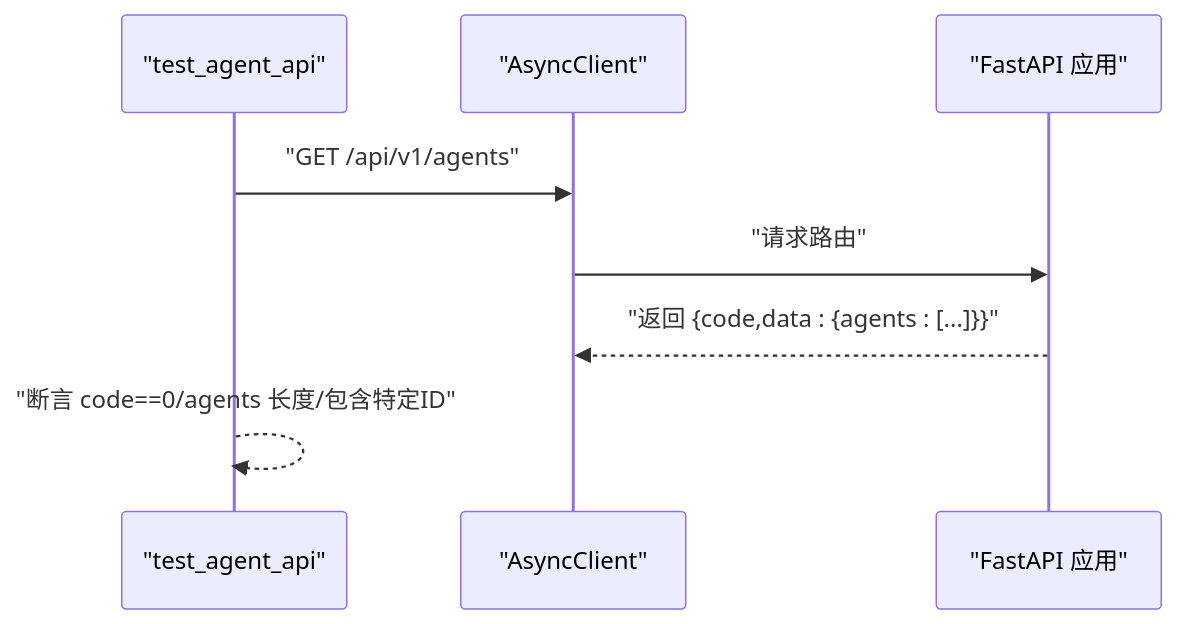
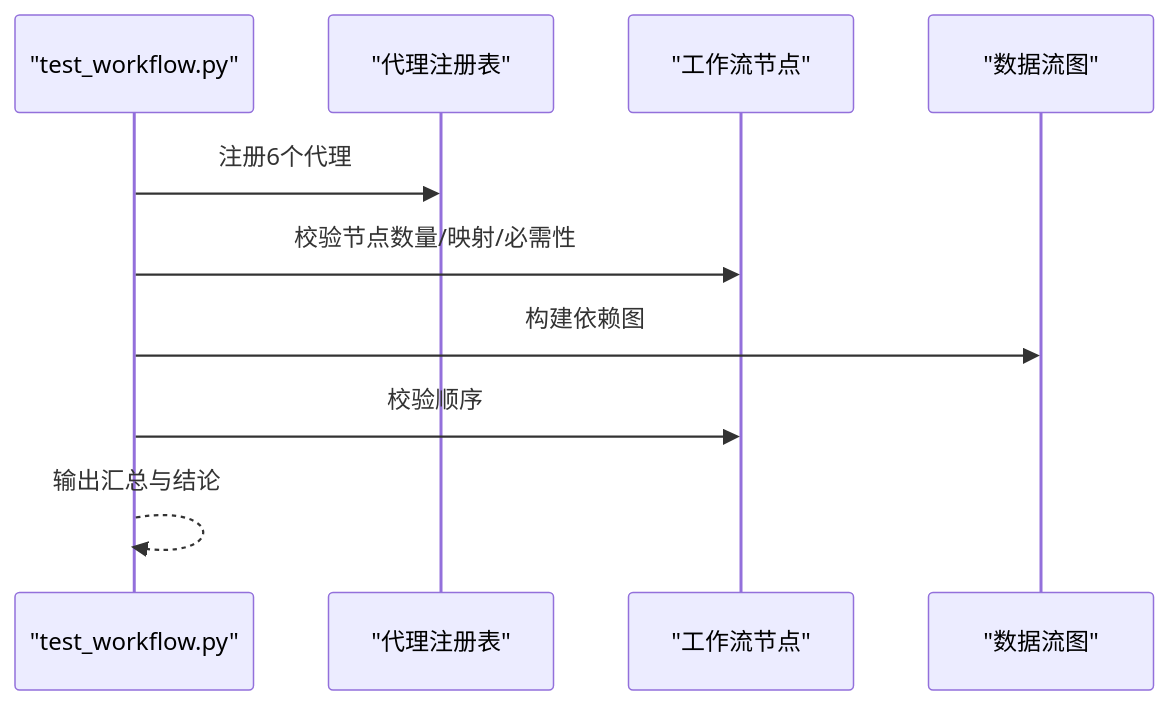
Before and after one commit to sansansansansan2022-web/hotclaw: the fifth of 9 diagrams in .qoder/repowiki/zh/content/后端开发/测试与调试.md, drawn with Mermaid. The commit also changed other lines of this file and 44 other files, not shown here.

````diff
--- a/.qoder/repowiki/zh/content/后端开发/测试与调试.md
+++ b/.qoder/repowiki/zh/content/后端开发/测试与调试.md
@@ -163,10 +224,12 @@
 ```mermaid
 sequenceDiagram
-participant Test as "test_agent_api"
-participant Client as "AsyncClient"
-participant App as "FastAPI 应用"
-Test->>Client : "GET /api/v1/agents"
-Client->>App : "请求路由"
-App-->>Client : "返回 {code,data : {agents : [...]}}"
-Test-->>Test : "断言 code==0/agents 长度/包含特定ID"
+participant Script as "test_workflow.py"
+participant Reg as "代理注册表"
+participant WF as "工作流节点"
+participant Flow as "数据流图"
+Script->>Reg : 注册6个代理
+Script->>WF : 校验节点数量/映射/必需性
+Script->>Flow : 构建依赖图
+Script->>WF : 校验顺序
+Script-->>Script : 输出汇总与结论
 ```
````
